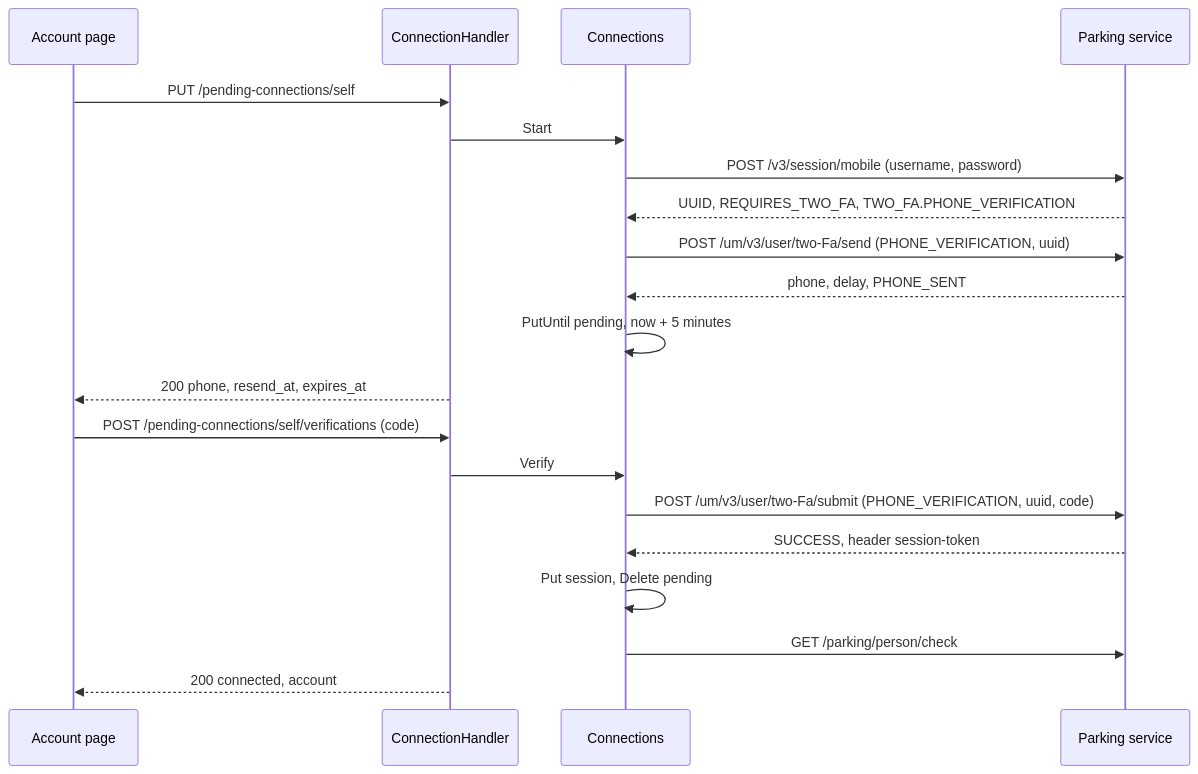
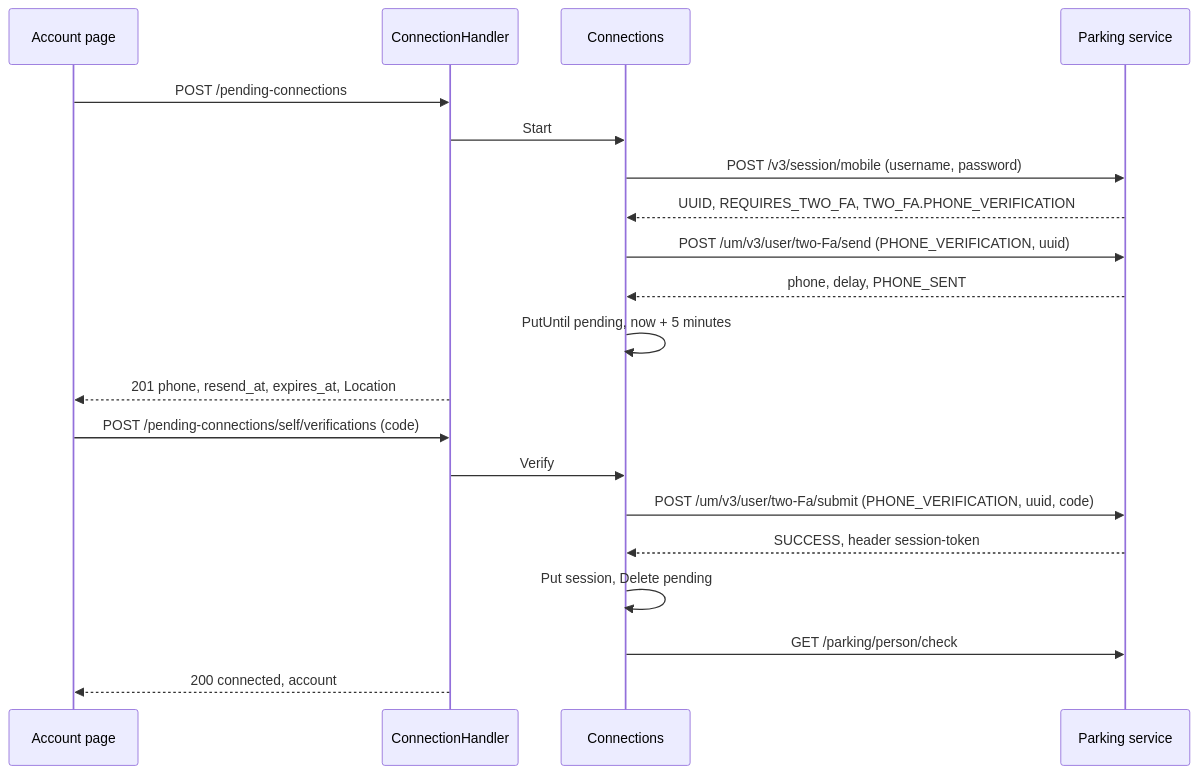
Before and after one commit to ABGEO/maroid: the first of 2 diagrams in specs/features/parkacc/spec.md, drawn with Mermaid. The commit also changed other lines of this file and 36 other files, not shown here.

````diff
--- a/specs/features/parkacc/spec.md
+++ b/specs/features/parkacc/spec.md
@@ -214,22 +219,22 @@
 ```mermaid
 sequenceDiagram
     participant U as Account page
     participant H as ConnectionHandler
     participant C as Connections
     participant P as Parking service
-    U->>H: PUT /pending-connections/self
+    U->>H: POST /pending-connections
     H->>C: Start
     C->>P: POST /v3/session/mobile (username, password)
     P-->>C: UUID, REQUIRES_TWO_FA, TWO_FA.PHONE_VERIFICATION
     C->>P: POST /um/v3/user/two-Fa/send (PHONE_VERIFICATION, uuid)
     P-->>C: phone, delay, PHONE_SENT
     C->>C: PutUntil pending, now + 5 minutes
-    H-->>U: 200 phone, resend_at, expires_at
+    H-->>U: 201 phone, resend_at, expires_at, Location
     U->>H: POST /pending-connections/self/verifications (code)
     H->>C: Verify
     C->>P: POST /um/v3/user/two-Fa/submit (PHONE_VERIFICATION, uuid, code)
     P-->>C: SUCCESS, header session-token
     C->>C: Put session, Delete pending
     C->>P: GET /parking/person/check
     H-->>U: 200 connected, account
 ```
````
